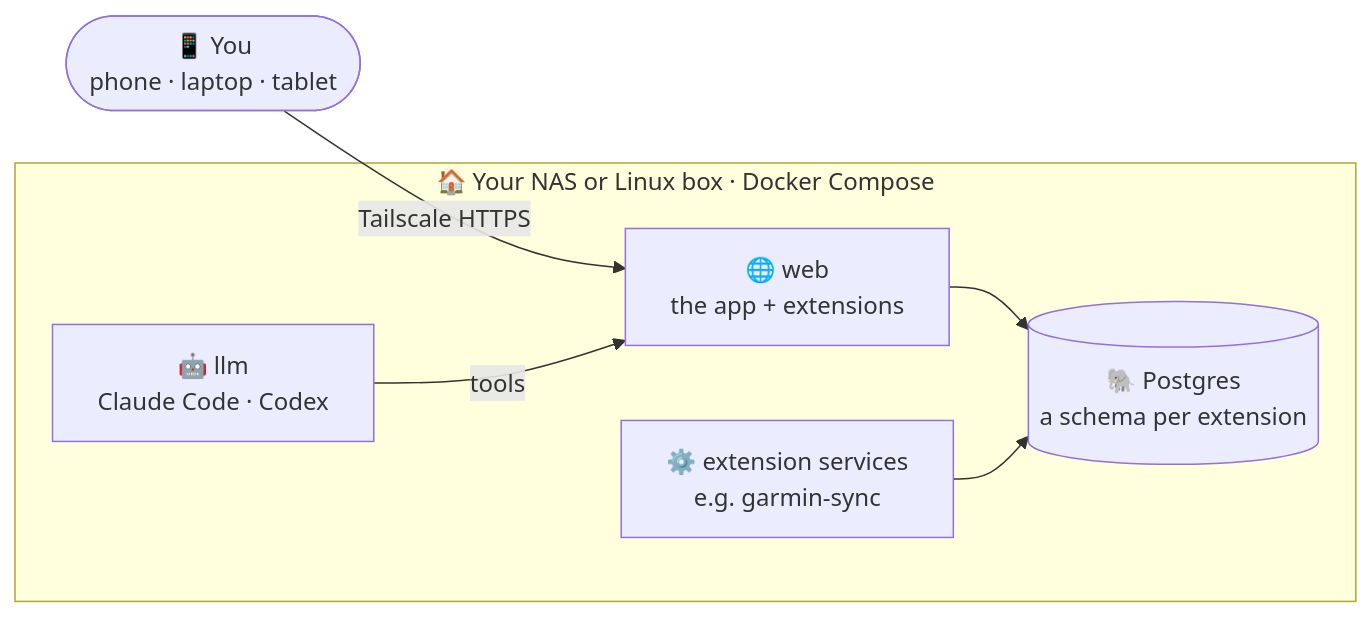
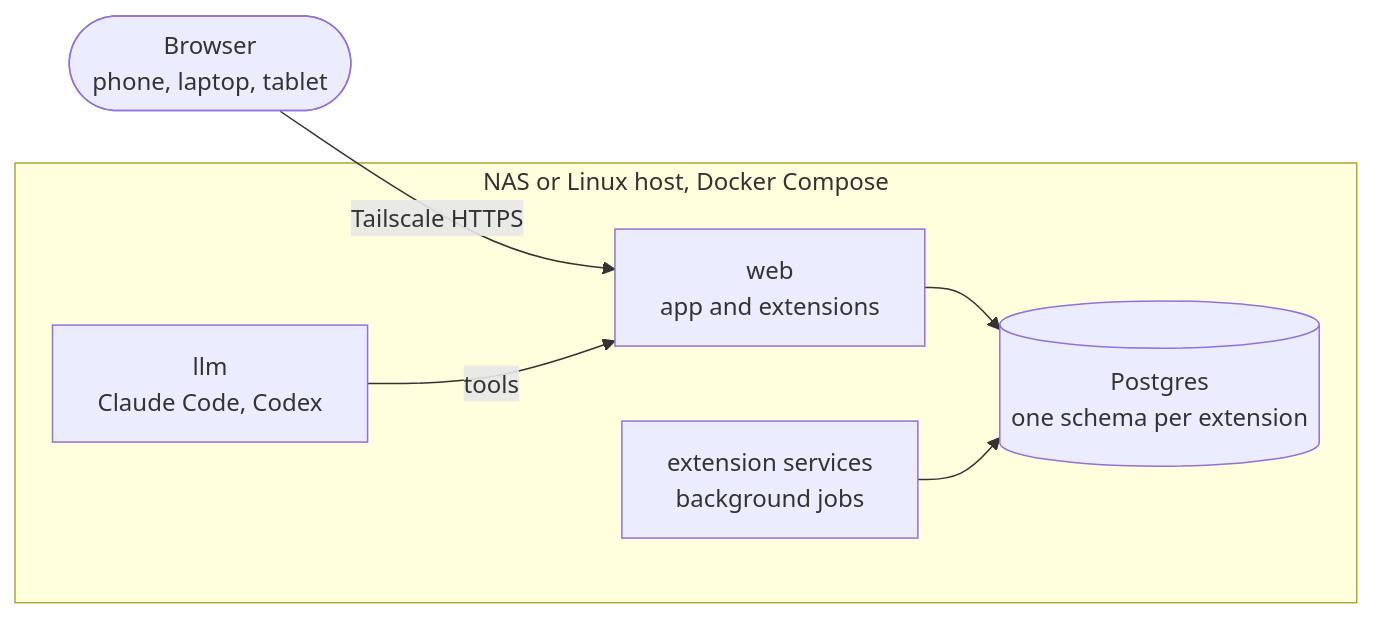
One commit to b-niamin/assistant changed the diagram in README.md. Above: the diagram before and after it, drawn with Mermaid. The commit also changed other lines of this file and 1 other file, not shown here.

````diff
--- a/README.md
+++ b/README.md
@@ -68,9 +63,9 @@
 ```mermaid
 flowchart LR
-  you(["📱 You<br/>phone · laptop · tablet"]) -- "Tailscale HTTPS" --> web
-  subgraph box ["🏠 Your NAS or Linux box · Docker Compose"]
-    llm["🤖 llm<br/>Claude Code · Codex"] -- "tools" --> web["🌐 web<br/>the app + extensions"]
-    web --> db[("🐘 Postgres<br/>a schema per extension")]
-    svc["⚙️ extension services<br/>e.g. garmin-sync"] --> db
+  you(["Browser<br/>phone, laptop, tablet"]) -- "Tailscale HTTPS" --> web
+  subgraph box ["NAS or Linux host, Docker Compose"]
+    llm["llm<br/>Claude Code, Codex"] -- "tools" --> web["web<br/>app and extensions"]
+    web --> db[("Postgres<br/>one schema per extension")]
+    svc["extension services<br/>background jobs"] --> db
   end
 ```
````
